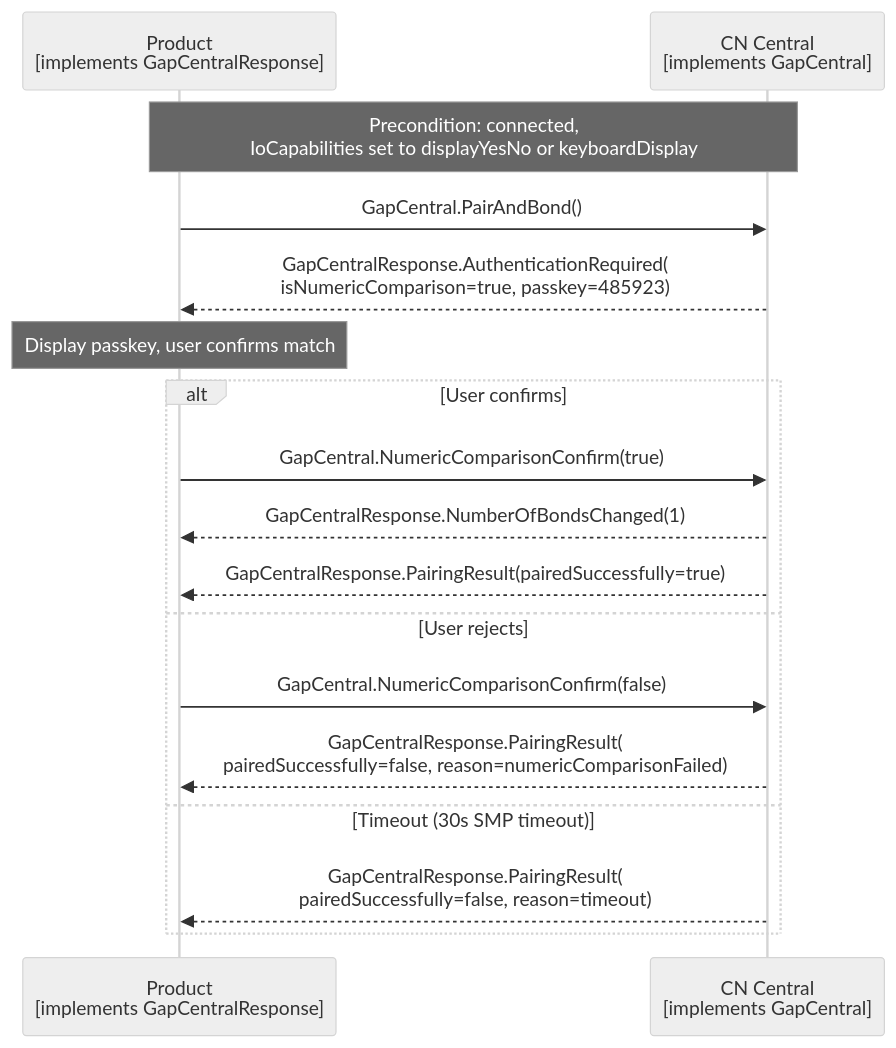
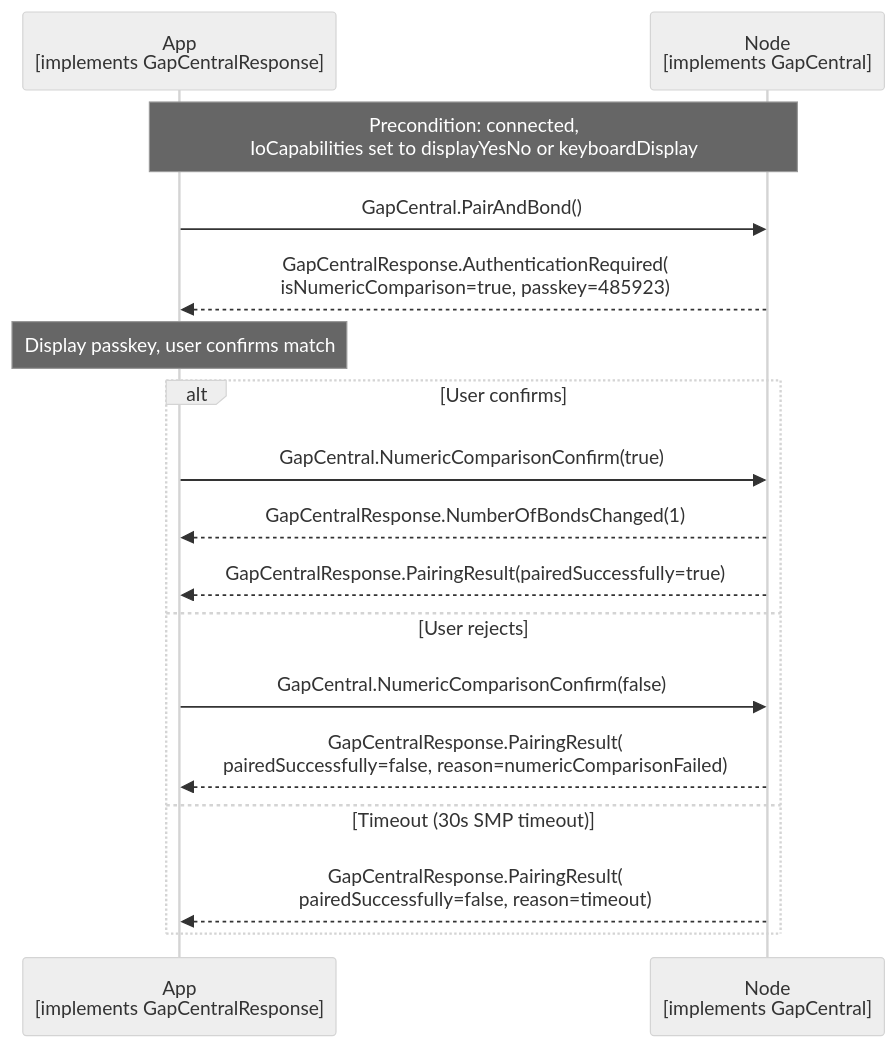
The diagram in documents/modules/ROOT/partials/echoservices/gap_central/GapCentral_NumericComparison_sequence.mmd (philips-software/amp-embedded-infra-lib), drawn with Mermaid (neutral theme) before and after one commit. The commit also changed 36 other files, not shown here.

```diff
--- a/documents/modules/ROOT/partials/echoservices/gap_central/GapCentral_NumericComparison_sequence.mmd
+++ b/documents/modules/ROOT/partials/echoservices/gap_central/GapCentral_NumericComparison_sequence.mmd
@@ -1,21 +1,21 @@
 sequenceDiagram
-    participant Product as Product<br>[implements GapCentralResponse]
-    participant CN as CN Central<br>[implements GapCentral]
+    participant App as App<br>[implements GapCentralResponse]
+    participant Node as Node<br>[implements GapCentral]
 
-    Note over Product, CN: Precondition: connected,<br>IoCapabilities set to displayYesNo or keyboardDisplay
+    Note over App, Node: Precondition: connected,<br>IoCapabilities set to displayYesNo or keyboardDisplay
 
-    Product->>CN: GapCentral.PairAndBond()
-    CN-->>Product: GapCentralResponse.AuthenticationRequired(<br>isNumericComparison=true, passkey=485923)
+    App->>Node: GapCentral.PairAndBond()
+    Node-->>App: GapCentralResponse.AuthenticationRequired(<br>isNumericComparison=true, passkey=485923)
 
-    Note over Product: Display passkey, user confirms match
+    Note over App: Display passkey, user confirms match
 
     alt User confirms
-        Product->>CN: GapCentral.NumericComparisonConfirm(true)
-        CN-->>Product: GapCentralResponse.NumberOfBondsChanged(1)
-        CN-->>Product: GapCentralResponse.PairingResult(pairedSuccessfully=true)
+        App->>Node: GapCentral.NumericComparisonConfirm(true)
+        Node-->>App: GapCentralResponse.NumberOfBondsChanged(1)
+        Node-->>App: GapCentralResponse.PairingResult(pairedSuccessfully=true)
     else User rejects
-        Product->>CN: GapCentral.NumericComparisonConfirm(false)
-        CN-->>Product: GapCentralResponse.PairingResult(<br>pairedSuccessfully=false, reason=numericComparisonFailed)
+        App->>Node: GapCentral.NumericComparisonConfirm(false)
+        Node-->>App: GapCentralResponse.PairingResult(<br>pairedSuccessfully=false, reason=numericComparisonFailed)
     else Timeout (30s SMP timeout)
-        CN-->>Product: GapCentralResponse.PairingResult(<br>pairedSuccessfully=false, reason=timeout)
+        Node-->>App: GapCentralResponse.PairingResult(<br>pairedSuccessfully=false, reason=timeout)
     end
```
